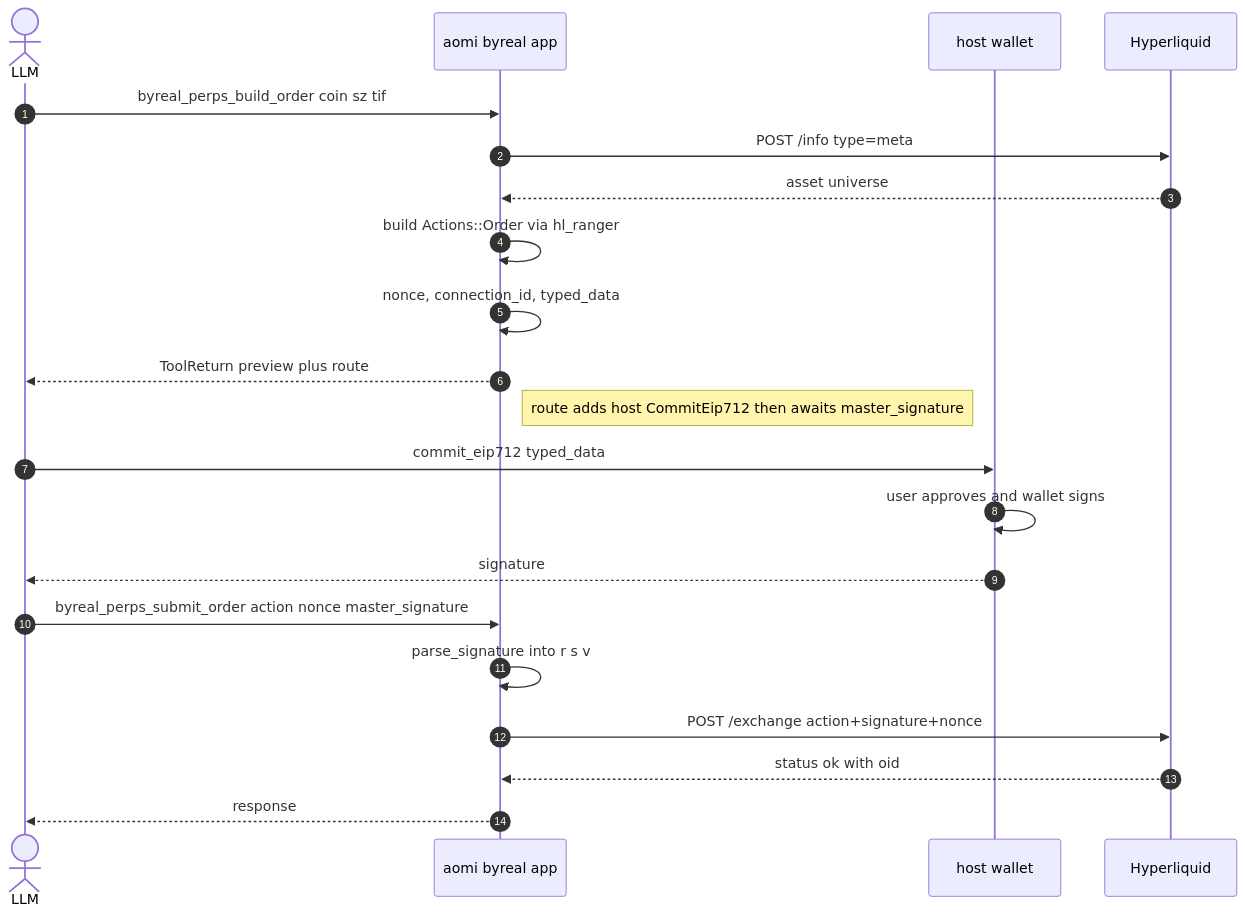
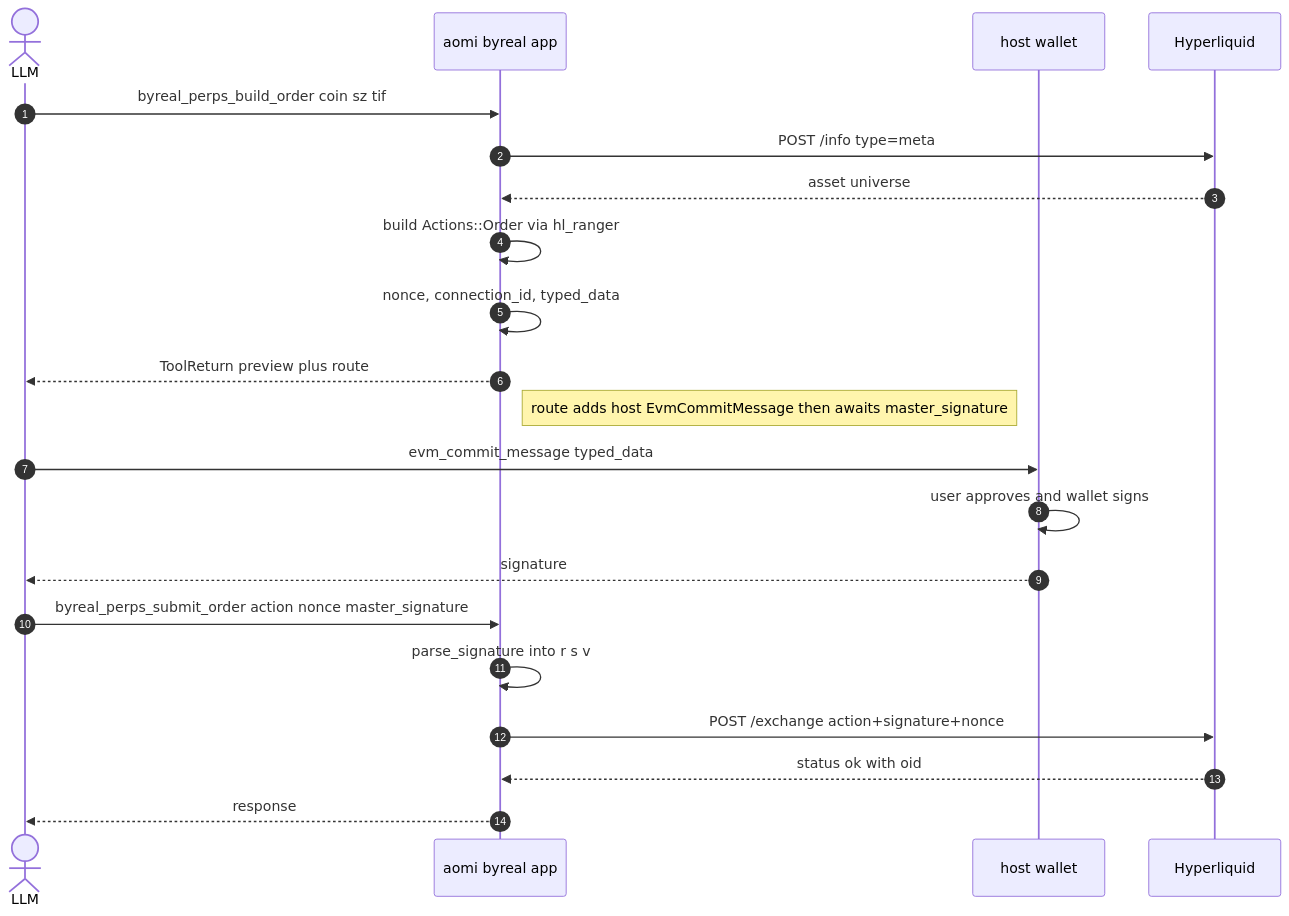
The third of 6 diagrams in apps/byreal/BYREAL_CLI_FLOWS.md (aomi-labs/aomi-sdk), drawn with Mermaid before and after one commit. The commit also changed other lines of this file and 22 other files, not shown here.

Commit message:
EvmCommitMessage

````diff
--- a/apps/byreal/BYREAL_CLI_FLOWS.md
+++ b/apps/byreal/BYREAL_CLI_FLOWS.md
@@ -100,26 +100,26 @@
 ```mermaid
 sequenceDiagram
     autonumber
     actor LLM
     participant App as aomi byreal app
     participant Host as host wallet
     participant HL as Hyperliquid
 
     LLM->>App: byreal_perps_build_order coin sz tif
     App->>HL: POST /info type=meta
     HL-->>App: asset universe
     App->>App: build Actions::Order via hl_ranger
     App->>App: nonce, connection_id, typed_data
     App-->>LLM: ToolReturn preview plus route
-    Note right of App: route adds host CommitEip712 then awaits master_signature
+    Note right of App: route adds host EvmCommitMessage then awaits master_signature
 
-    LLM->>Host: commit_eip712 typed_data
+    LLM->>Host: evm_commit_message typed_data
     Host->>Host: user approves and wallet signs
     Host-->>LLM: signature
 
     LLM->>App: byreal_perps_submit_order action nonce master_signature
     App->>App: parse_signature into r s v
     App->>HL: POST /exchange action+signature+nonce
     HL-->>App: status ok with oid
     App-->>LLM: response
 ```
````
